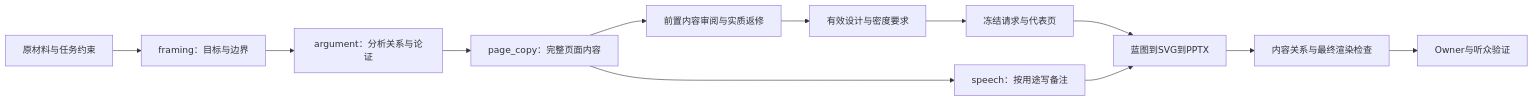
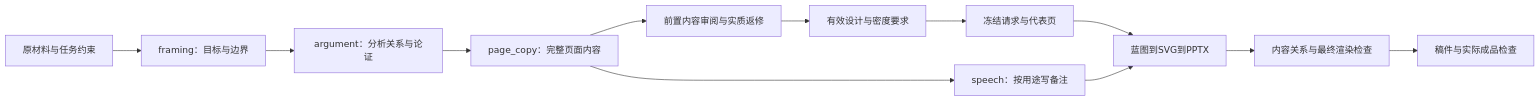
Before and after one commit to MainQuestAI/Deck-Master: the diagram in docs/specs/deck-master-content-collaboration-v1.2/CONTENT-QUALITY-ITERATION.md, drawn with Mermaid. The commit also changed other lines of this file and 19 other files, not shown here.

````diff
--- a/docs/specs/deck-master-content-collaboration-v1.2/CONTENT-QUALITY-ITERATION.md
+++ b/docs/specs/deck-master-content-collaboration-v1.2/CONTENT-QUALITY-ITERATION.md
@@ -110,14 +112,14 @@
 ```mermaid
 flowchart LR
   A[原材料与任务约束] --> B[framing：目标与边界]
   B --> C[argument：分析关系与论证]
   C --> D[page_copy：完整页面内容]
   D --> E[前置内容审阅与实质返修]
   E --> F[有效设计与密度要求]
   F --> G[冻结请求与代表页]
   G --> H[蓝图到SVG到PPTX]
   H --> I[内容关系与最终渲染检查]
   D --> J[speech：按用途写备注]
   J --> H
-  I --> K[Owner与听众验证]
+  I --> K[稿件与实际成品检查]
 ```
````
